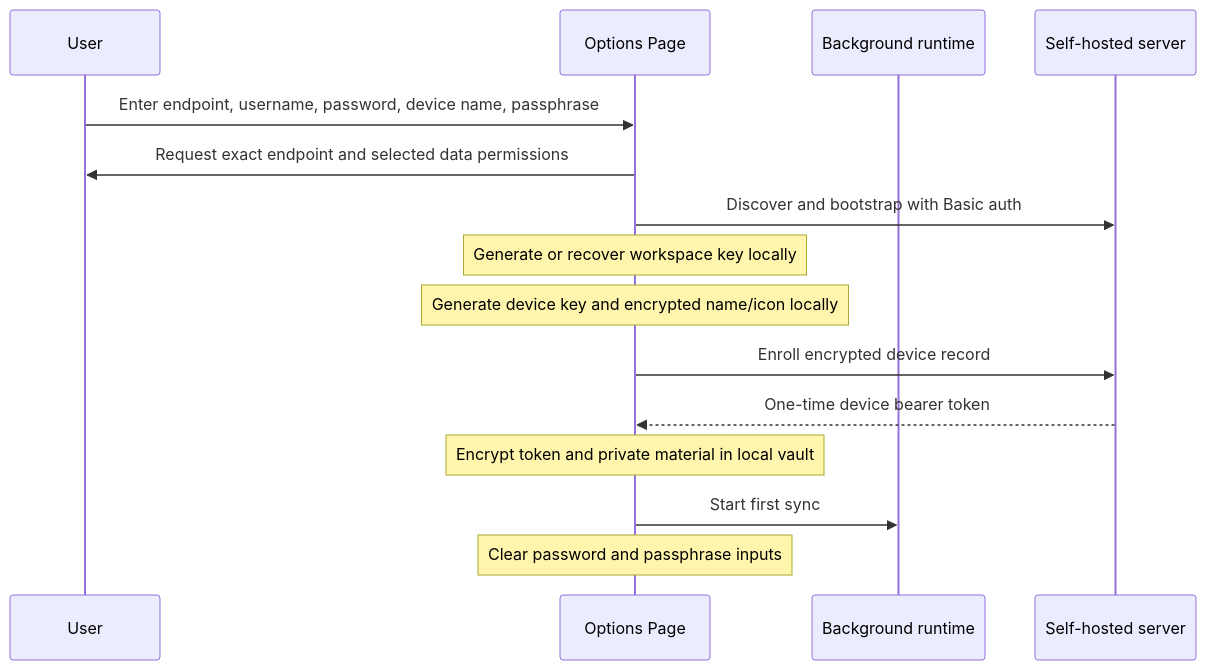
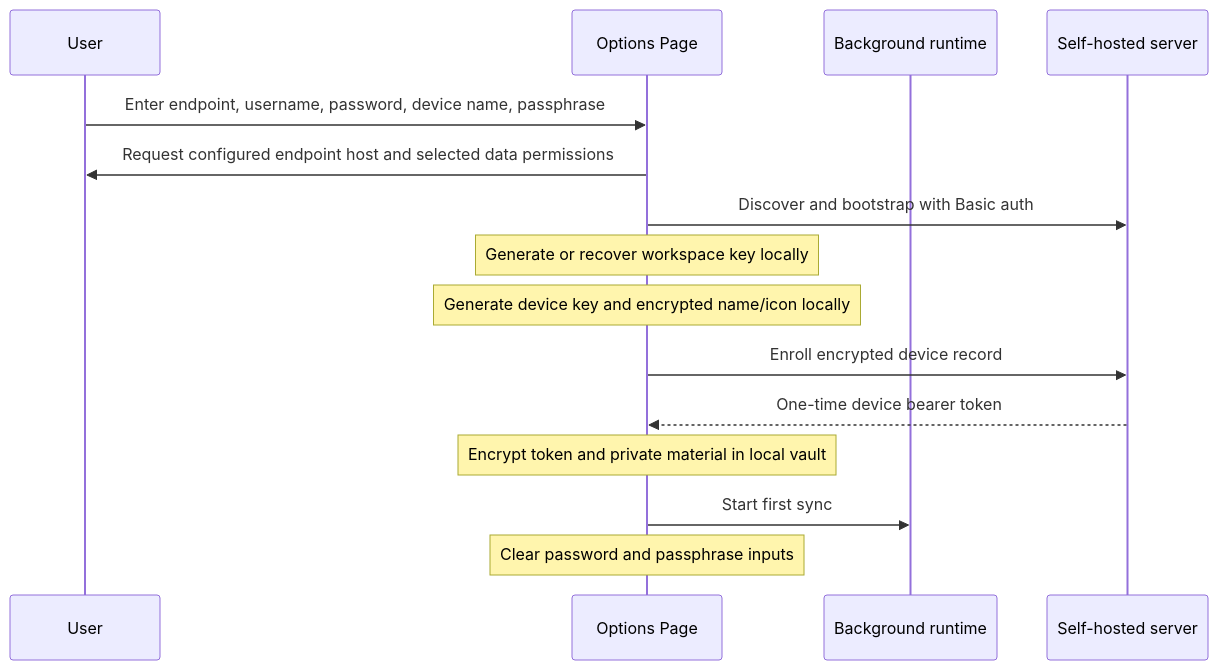
One commit to sk2andy/candy-browser changed the diagram in docs/sync/extension.md. Above: the diagram before and after it, drawn with Mermaid. The commit also changed other lines of this file and 64 other files, not shown here.

````diff
--- a/docs/sync/extension.md
+++ b/docs/sync/extension.md
@@ -47,18 +47,18 @@
 ```mermaid
 sequenceDiagram
     participant U as User
     participant O as Options Page
     participant B as Background runtime
     participant S as Self-hosted server
 
     U->>O: Enter endpoint, username, password, device name, passphrase
-    O->>U: Request exact endpoint and selected data permissions
+    O->>U: Request configured endpoint host and selected data permissions
     O->>S: Discover and bootstrap with Basic auth
     Note over O: Generate or recover workspace key locally
     Note over O: Generate device key and encrypted name/icon locally
     O->>S: Enroll encrypted device record
     S-->>O: One-time device bearer token
     Note over O: Encrypt token and private material in local vault
     O->>B: Start first sync
     Note over O: Clear password and passphrase inputs
 ```
````
